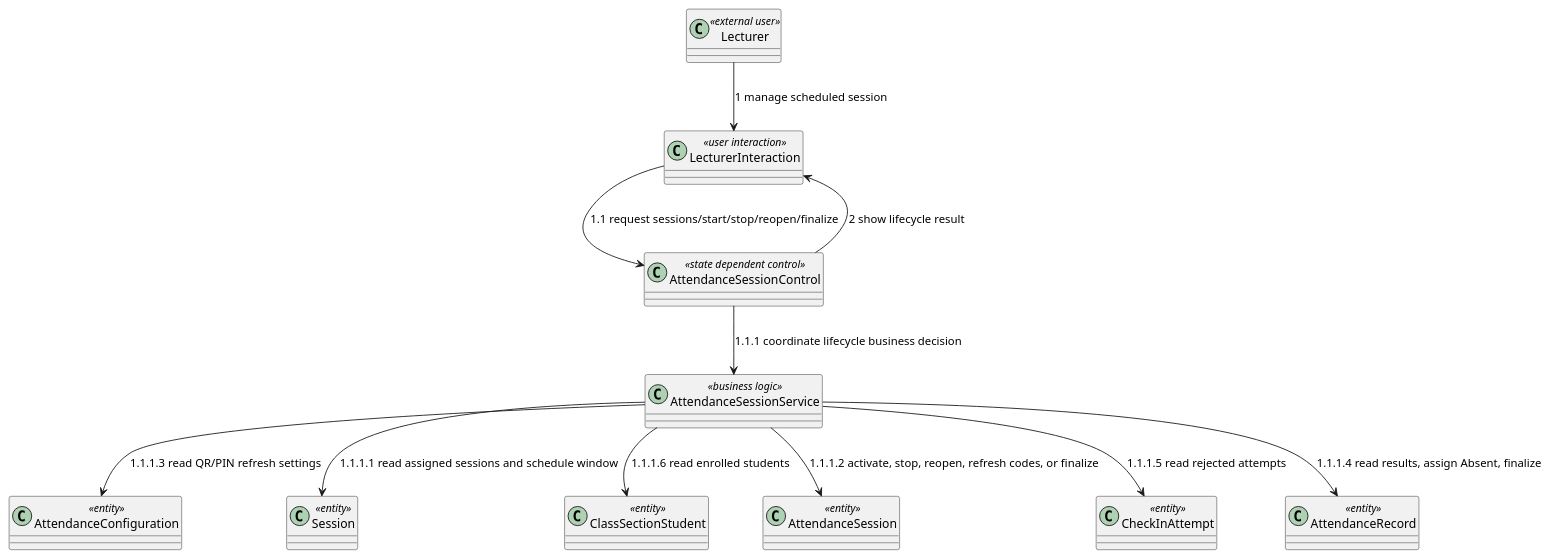
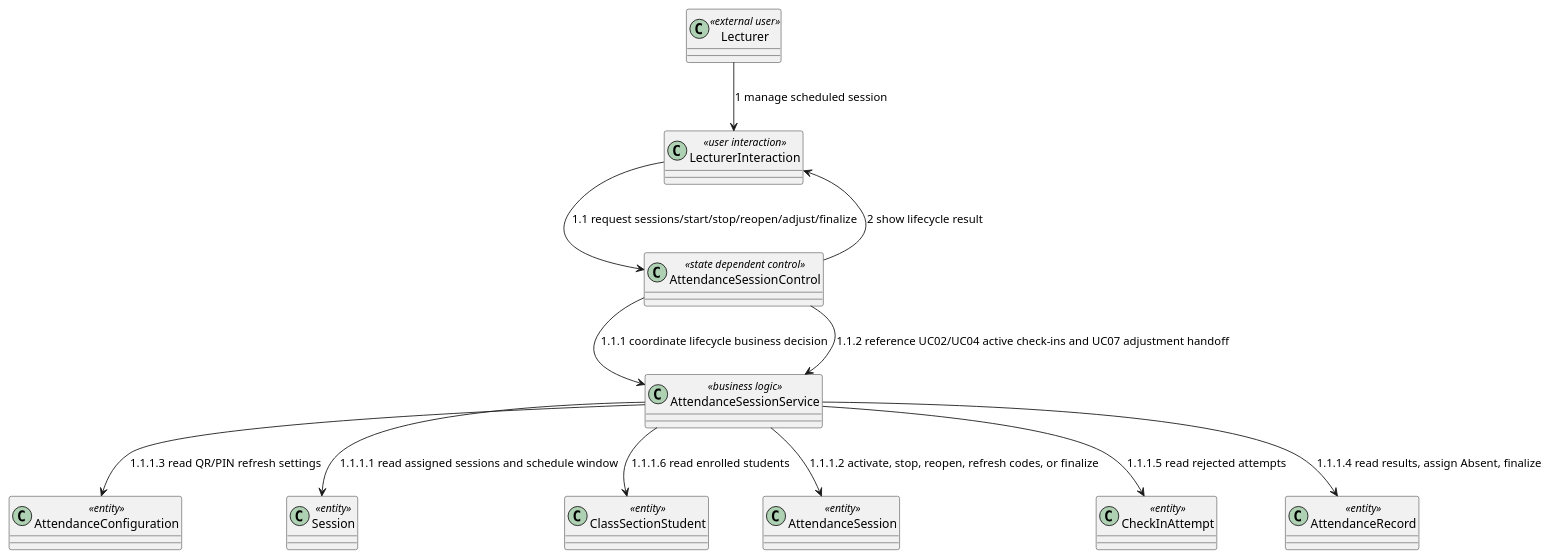
One commit to nttung42/SWD392 changed diagram 16 of 29 in docs/sds/2_Analysis.md. Above: the diagram before and after it, drawn with PlantUML. The commit also changed other lines of this file and 1 other file, not shown here.

````diff
--- a/docs/sds/2_Analysis.md
+++ b/docs/sds/2_Analysis.md
@@ -927,25 +955,26 @@
 ```plantuml
 @startuml
 class "Lecturer" as Lecturer <<external user>>
 class "LecturerInteraction" as LecturerUI <<user interaction>>
 class "AttendanceSessionControl" as SessionControl <<state dependent control>>
 class "AttendanceSessionService" as SessionRules <<business logic>>
 class "AttendanceConfiguration" as AttendanceConfig <<entity>>
 class "Session" as Session <<entity>>
 class "ClassSectionStudent" as ClassSectionStudent <<entity>>
 class "AttendanceSession" as AttendanceSession <<entity>>
 class "CheckInAttempt" as CheckInAttempt <<entity>>
 class "AttendanceRecord" as AttendanceRecord <<entity>>
 
 Lecturer --> LecturerUI : 1 manage scheduled session
-LecturerUI --> SessionControl : 1.1 request sessions/start/stop/reopen/finalize
+LecturerUI --> SessionControl : 1.1 request sessions/start/stop/reopen/adjust/finalize
 SessionControl --> SessionRules : 1.1.1 coordinate lifecycle business decision
 SessionRules --> Session : 1.1.1.1 read assigned sessions and schedule window
 SessionRules --> AttendanceSession : 1.1.1.2 activate, stop, reopen, refresh codes, or finalize
 SessionRules --> AttendanceConfig : 1.1.1.3 read QR/PIN refresh settings
 SessionRules --> AttendanceRecord : 1.1.1.4 read results, assign Absent, finalize
 SessionRules --> CheckInAttempt : 1.1.1.5 read rejected attempts
 SessionRules --> ClassSectionStudent : 1.1.1.6 read enrolled students
+SessionControl --> SessionRules : 1.1.2 reference UC02/UC04 active check-ins and UC07 adjustment handoff
 SessionControl --> LecturerUI : 2 show lifecycle result
 @enduml
 ```
````
